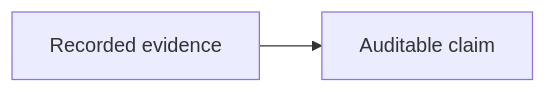
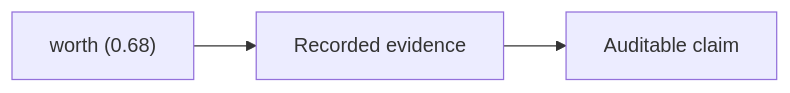
Before and after one commit to fkguo/nullius: the diagram in skills/idea-posterior/tests/fixtures/detailed_reasoning_sample.md, drawn with Mermaid. The commit also changed 16 other files, not shown here.

````diff
--- a/skills/idea-posterior/tests/fixtures/detailed_reasoning_sample.md
+++ b/skills/idea-posterior/tests/fixtures/detailed_reasoning_sample.md
@@ -19,4 +19,7 @@
 ```mermaid
 flowchart LR
-  evidence["Recorded evidence"] --> MixedCase_Claim["Auditable claim"]
+  worth["worth (0.68)"]
+  evidence["Recorded evidence"]
+  worth --> evidence
+  evidence --> MixedCase_Claim["Auditable claim"]
 ```
````
